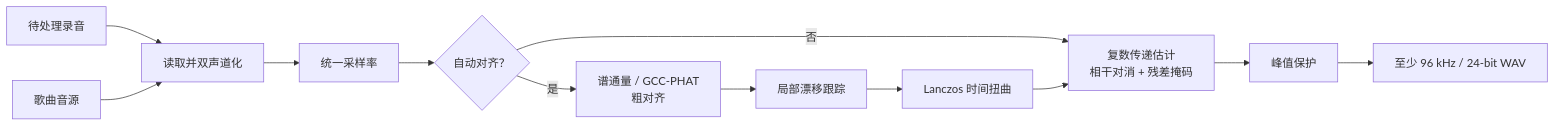
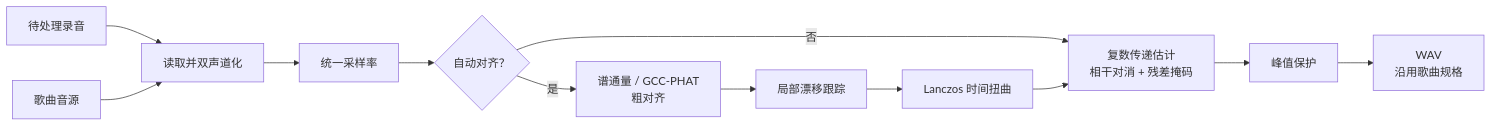
Before and after one commit to ChouChiu/Purivox: the diagram in docs/reference-removal.md, drawn with Mermaid. The commit also changed other lines of this file and 30 other files, not shown here.

````diff
--- a/docs/reference-removal.md
+++ b/docs/reference-removal.md
@@ -53,14 +53,14 @@
 ```mermaid
 flowchart LR
     mix["待处理录音"] --> read["读取并双声道化"]
     ref["歌曲音源"] --> read
     read --> rate["统一采样率"]
     rate --> enabled{"自动对齐？"}
     enabled -->|是| coarse["谱通量 / GCC-PHAT<br/>粗对齐"]
     coarse --> drift["局部漂移跟踪"]
     drift --> warp["Lanczos 时间扭曲"]
     enabled -->|否| mask["复数传递估计<br/>相干对消 + 残差掩码"]
     warp --> mask
     mask --> protect["峰值保护"]
-    protect --> output["至少 96 kHz / 24-bit WAV"]
+    protect --> output["WAV<br/>沿用歌曲规格"]
 ```
````
